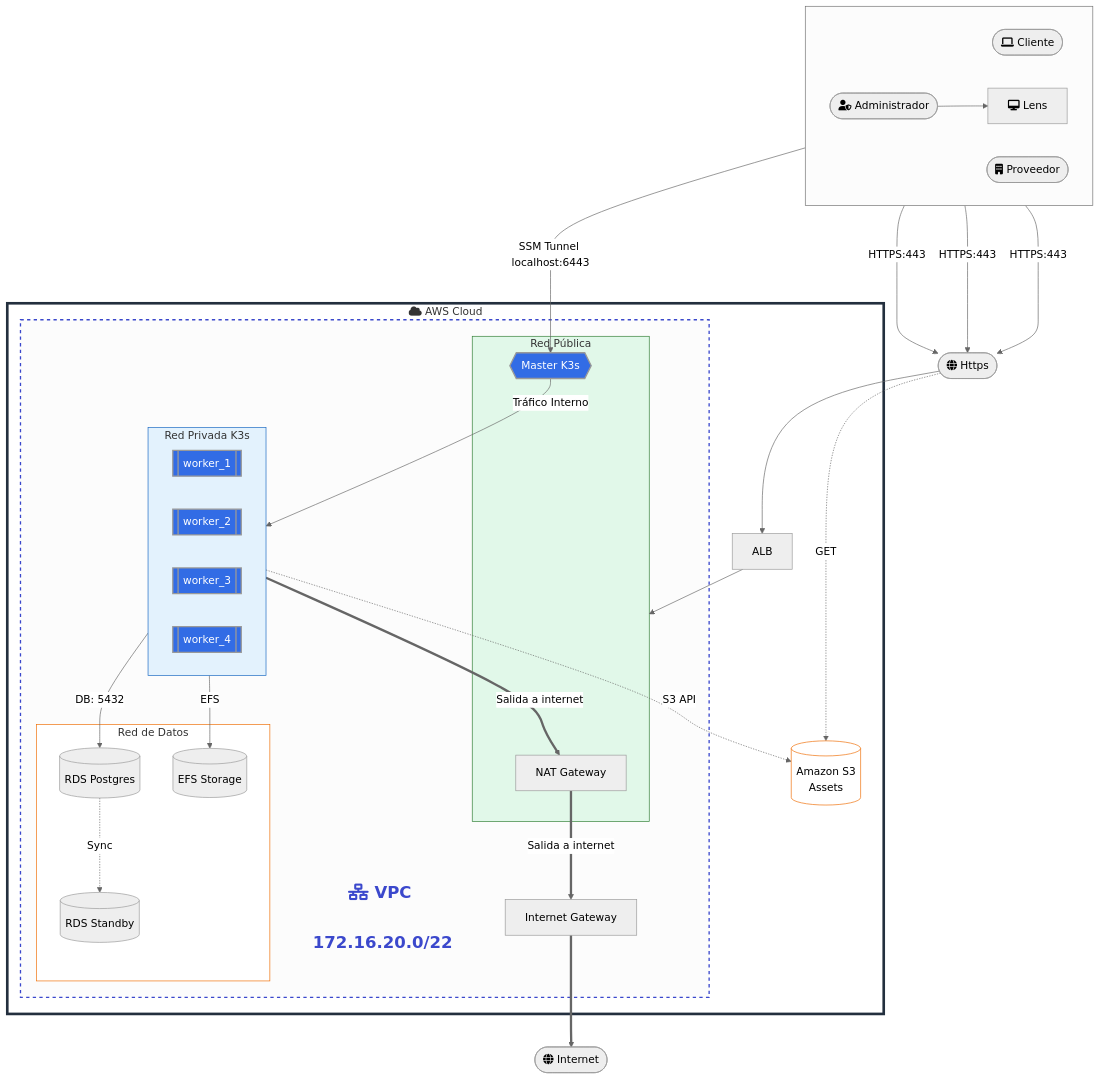
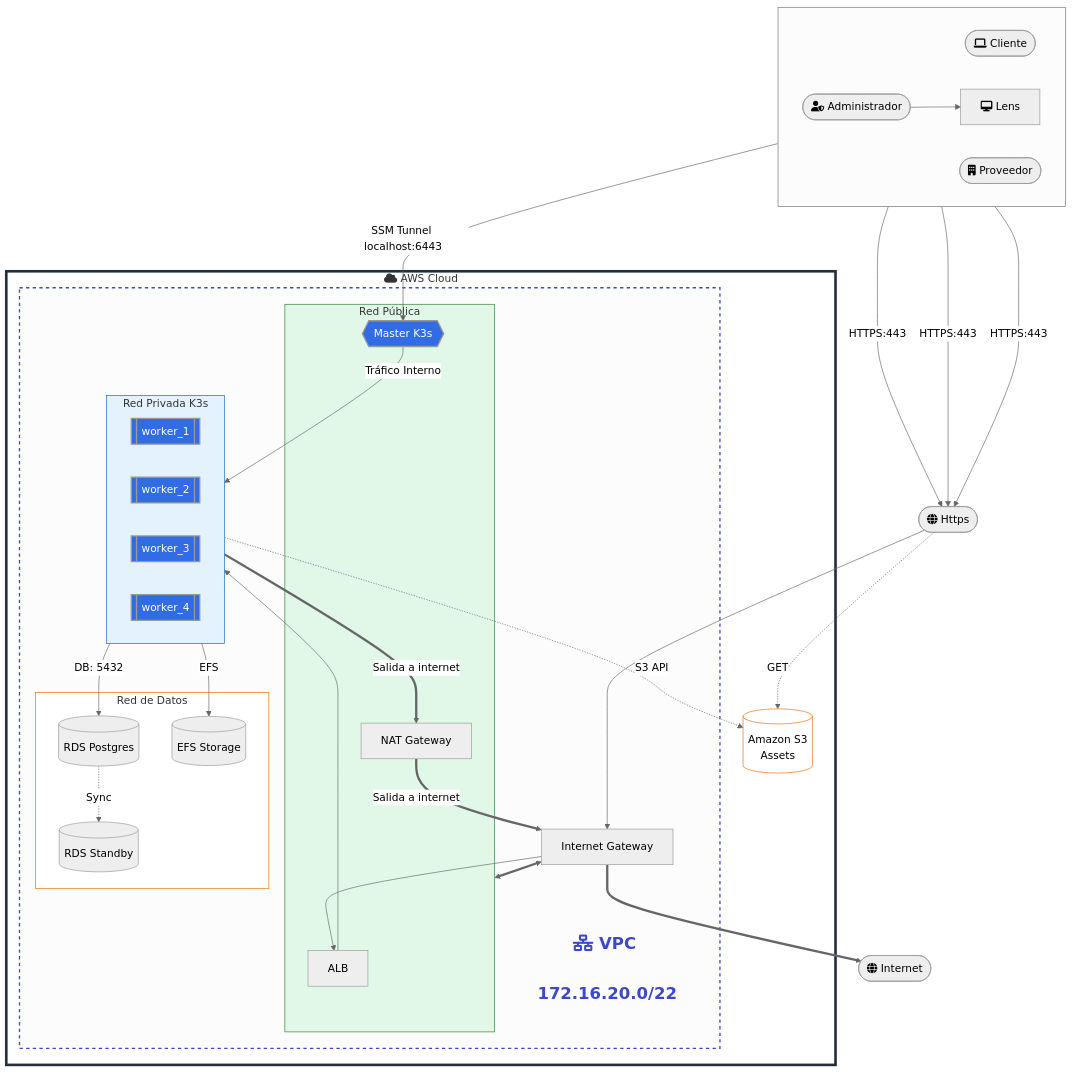
Before and after one commit to jquinterov-ITM/Proyecto-D-Una---InfraEstructura-con-Terraform: the diagram in readme.md, drawn with Mermaid (neutral theme). The commit also changed 5 other files, not shown here.

````diff
--- a/readme.md
+++ b/readme.md
@@ -159,72 +159,75 @@
 ```mermaid
 flowchart TB
     classDef cloud fill:#fff,stroke:#232F3E,stroke-width:4px;
     classDef vpc stroke:#3B48CC,stroke-width:2px,stroke-dasharray: 5 5;
     classDef pub fill:#e1f8e9,stroke:#2e7d32,stroke-width:1px;
     classDef priv fill:#e3f2fd,stroke:#1565c0,stroke-width:1px;
     classDef db fill:#fff,stroke:#ef6c00,stroke-width:1px;
     classDef k3s fill:#326ce5,color:#fff,stroke-width:2px;
     classDef invisibleVPC fill:none,stroke:none,color:#3B48CC,font-weight:bold,font-size:25px;
 
 
     %% Usuarios 
     subgraph Usuarios [ ]
         direction LR
         Cliente([fa:fa-laptop Cliente])
         Proveedor([fa:fa-building Proveedor])
         Administrador([fa:fa-user-shield Administrador])
         Lens[fa:fa-desktop Lens]
     end
     
-    Cliente & Proveedor & Administrador -- "HTTPS:443" ---> HTTPS([fa:fa-globe Https])
-    
-    HTTPS --> ALB
+    Administrador & Cliente & Proveedor -- "HTTPS:443" ---> HTTPS([fa:fa-globe Https])
     
     subgraph AWS ["fa:fa-cloud AWS Cloud"]
-        ALB[ALB]
+        
         S3[(Amazon S3<br/>Assets)]
         
         subgraph VPC [" "]
             L2[fa:fa-network-wired VPC <br/> 172.16.20.0/22]:::invisibleVPC
             
             subgraph PUB1 [Red Pública]
+                ALB[ALB]
                 NAT1[NAT Gateway]
                 M1{{Master K3s}}
             end
             subgraph PRIV1 [Red Privada K3s]
                 W1[[worker_1]]
                 W2[[worker_2]]
                 W3[[worker_3]]
                 W4[[worker_4]]
             end
             subgraph DB_SUB1 [Red de Datos]
                 RDS[(RDS Postgres)]
                 RDS_S[(RDS Standby)]
                 EFS[(EFS Storage)]
             end
             IGW[Internet Gateway]
         end
     end
     Internet([fa:fa-globe Internet])
 
     %% Administracion segura
     Administrador --> Lens -- "SSM Tunnel localhost:6443" --> M1
+    M1 -- "Tráfico Interno" --> PRIV1
 
     %% Conexiones de aplicacion
-    ALB --> PUB1
-    M1 -- "Tráfico Interno" --> PRIV1
+    HTTPS --> IGW
+    IGW --> ALB
+    ALB --> PRIV1
     PRIV1 -- "DB: 5432" --> RDS
     RDS -. "Sync" .-> RDS_S
     PRIV1 -- "EFS" --> EFS
    
-
     %% S3 Assets (GAP-INFRA-002)
     PRIV1 -. "S3 API" .-> S3
     HTTPS -. "GET" .-> S3
 
     %% Salida a Internet restringida por NAT
     PRIV1 ==Salida a internet==> NAT1 ==Salida a internet==> IGW ==> Internet
 
+    %% Salida de la red publica
+    PUB1 <==> IGW
+
     class AWS cloud; class VPC vpc; class PUB1 pub;
     class PRIV1 priv; class DB_SUB1,S3 db; class M1,W1,W2,W3,W4 k3s;
 ```
````
